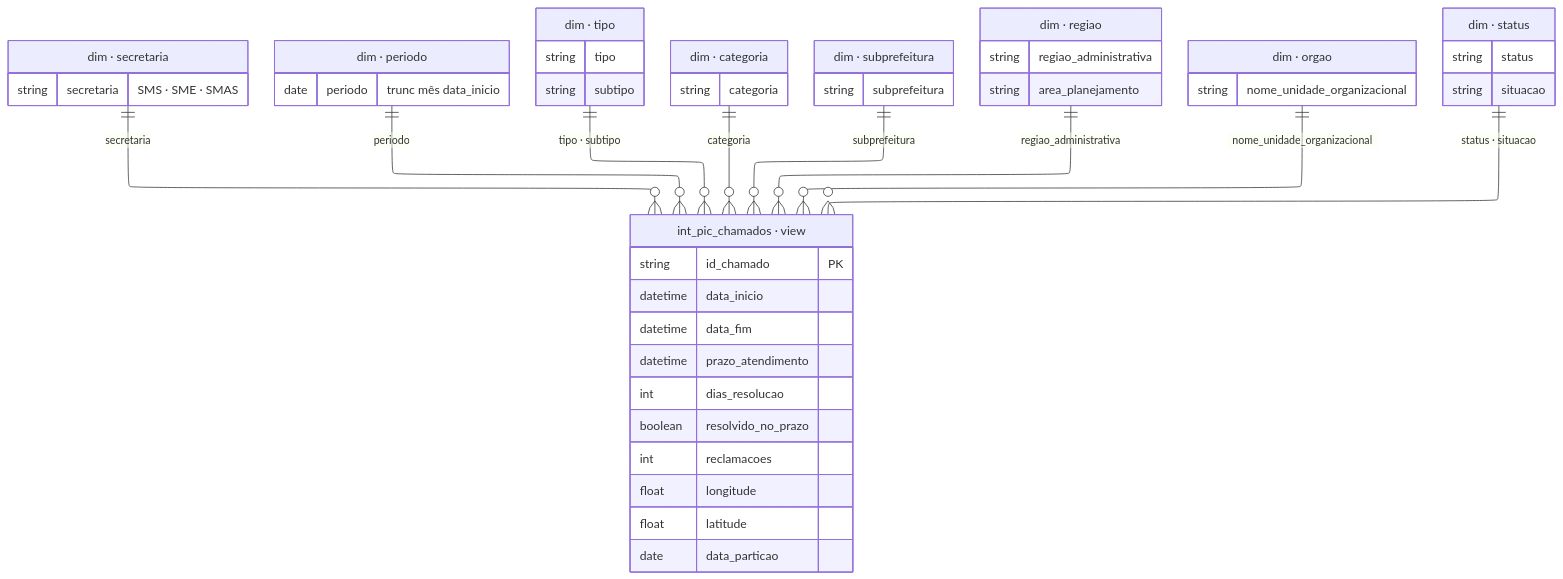
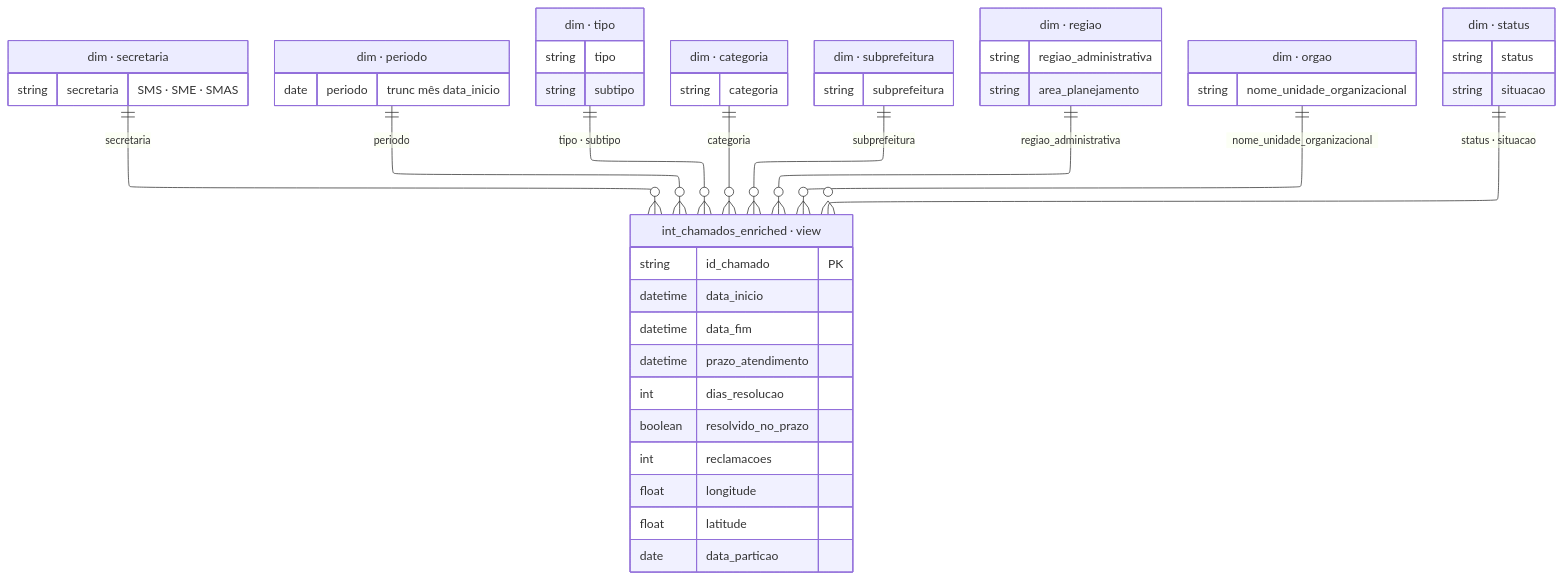
Before and after one commit to brunocampos01/desafio-tech-lead-cidadaos-vulneraveis: the third of 3 diagrams in pipeline/README.md, drawn with Mermaid. The commit also changed other lines of this file and 4 other files, not shown here.

````diff
--- a/pipeline/README.md
+++ b/pipeline/README.md
@@ -195,63 +151,63 @@
 ```mermaid
 ---
 config:
   layout: elk
 ---
 erDiagram
     DIM_SECRETARIA ||--o{ FATO_PIC : secretaria
     DIM_PERIODO ||--o{ FATO_PIC : periodo
     DIM_TIPO ||--o{ FATO_PIC : "tipo · subtipo"
     DIM_CATEGORIA ||--o{ FATO_PIC : categoria
     DIM_SUBPREFEITURA ||--o{ FATO_PIC : subprefeitura
     DIM_REGIAO ||--o{ FATO_PIC : regiao_administrativa
     DIM_ORGAO ||--o{ FATO_PIC : nome_unidade_organizacional
     DIM_STATUS ||--o{ FATO_PIC : "status · situacao"
 
     DIM_SECRETARIA["dim · secretaria"] {
         string secretaria "SMS · SME · SMAS"
     }
 
     DIM_PERIODO["dim · periodo"] {
         date periodo "trunc mês data_inicio"
     }
 
     DIM_TIPO["dim · tipo"] {
         string tipo
         string subtipo
     }
 
     DIM_CATEGORIA["dim · categoria"] {
         string categoria
     }
 
     DIM_SUBPREFEITURA["dim · subprefeitura"] {
         string subprefeitura
     }
 
     DIM_REGIAO["dim · regiao"] {
         string regiao_administrativa
         string area_planejamento
     }
 
     DIM_ORGAO["dim · orgao"] {
         string nome_unidade_organizacional
     }
 
     DIM_STATUS["dim · status"] {
         string status
         string situacao
     }
 
-    FATO_PIC["int_pic_chamados · view"] {
+    FATO_PIC["int_chamados_enriched · view"] {
         string id_chamado PK
         datetime data_inicio
         datetime data_fim
         datetime prazo_atendimento
         int dias_resolucao
         boolean resolvido_no_prazo
         int reclamacoes
         float longitude
         float latitude
         date data_particao
     }
 ```
````
